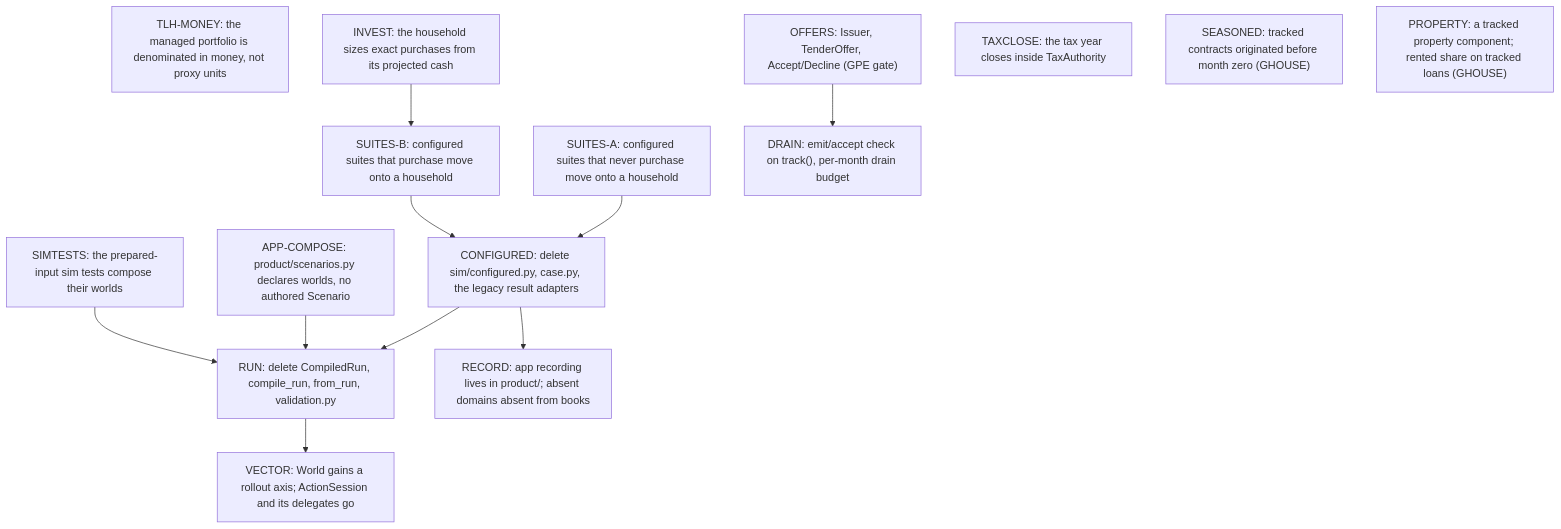
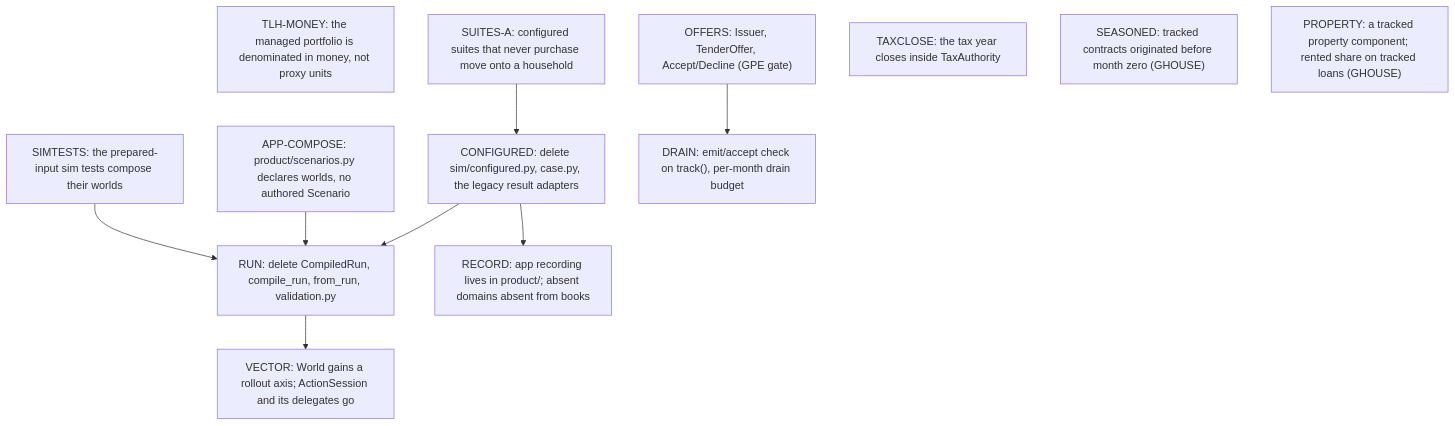
One commit to agentydragon/ducktape changed the diagram in finance/augur/plans/library_design_gates.md. Above: the diagram before and after it, drawn with Mermaid. The commit also changed other lines of this file and 11 other files, not shown here.

````diff
--- a/finance/augur/plans/library_design_gates.md
+++ b/finance/augur/plans/library_design_gates.md
@@ -251,27 +250,23 @@
 ```mermaid
 graph TD
     TLH_MONEY["TLH-MONEY: the managed portfolio is denominated in money, not proxy units"]
-    INVEST["INVEST: the household sizes exact purchases from its projected cash"]
     SUITES_NOBUY["SUITES-A: configured suites that never purchase move onto a household"]
-    SUITES_BUY["SUITES-B: configured suites that purchase move onto a household"]
     CONFIGURED_GONE["CONFIGURED: delete sim/configured.py, case.py, the legacy result adapters"]
     APP_COMPOSE["APP-COMPOSE: product/scenarios.py declares worlds, no authored Scenario"]
     SIMTESTS["SIMTESTS: the prepared-input sim tests compose their worlds"]
     RUN_GONE["RUN: delete CompiledRun, compile_run, from_run, validation.py"]
     RECORD["RECORD: app recording lives in product/; absent domains absent from books"]
     OFFERS["OFFERS: Issuer, TenderOffer, Accept/Decline (GPE gate)"]
     DRAIN["DRAIN: emit/accept check on track(), per-month drain budget"]
     TAXCLOSE["TAXCLOSE: the tax year closes inside TaxAuthority"]
     SEASONED["SEASONED: tracked contracts originated before month zero (GHOUSE)"]
     PROPERTY["PROPERTY: a tracked property component; rented share on tracked loans (GHOUSE)"]
     VECTOR["VECTOR: World gains a rollout axis; ActionSession and its delegates go"]
-    INVEST --> SUITES_BUY
     SUITES_NOBUY --> CONFIGURED_GONE
-    SUITES_BUY --> CONFIGURED_GONE
     CONFIGURED_GONE --> RUN_GONE
     APP_COMPOSE --> RUN_GONE
     SIMTESTS --> RUN_GONE
     CONFIGURED_GONE --> RECORD
     OFFERS --> DRAIN
     RUN_GONE --> VECTOR
 ```
````
